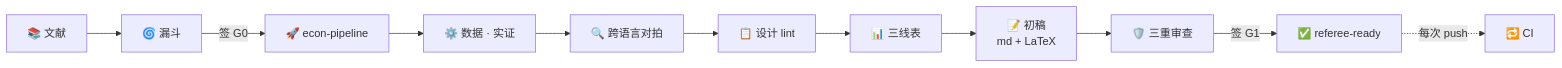
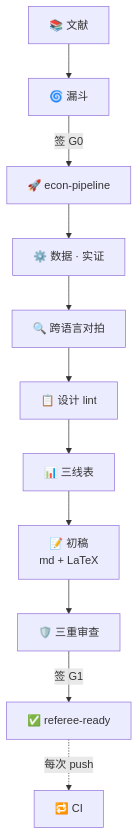
One commit to ljftwq-dev/EconWorkbench changed the diagram in README_CN.md. Above: the diagram before and after it, drawn with Mermaid. The commit also changed 1 other file, not shown here.

Commit message:
fix readme: mermaid flowchart LR -> TD (vertical stacking) so node font renders at normal reading size instead of a squeezed single row

````diff
--- a/README_CN.md
+++ b/README_CN.md
@@ -12,13 +12,13 @@
 ```mermaid
-flowchart LR
+flowchart TD
     A["📚 文献"] --> B["🌀 漏斗"]
     B -->|"签 G0"| C["🚀 econ-pipeline"]
     C --> D["⚙️ 数据 · 实证"]
     D --> E["🔍 跨语言对拍"]
     E --> F["📋 设计 lint"]
     F --> G["📊 三线表"]
     G --> H["📝 初稿<br/>md + LaTeX"]
     H --> I["🛡️ 三重审查"]
     I -->|"签 G1"| J["✅ referee-ready"]
     J -.->|"每次 push"| K["🔁 CI"]
 ```
````
